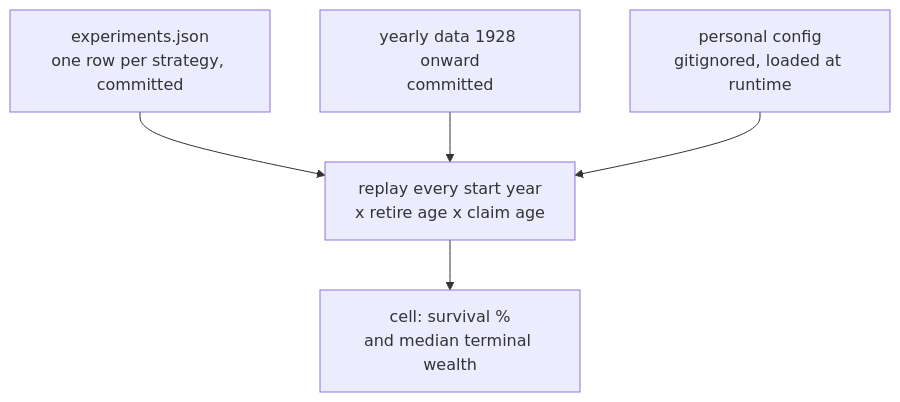
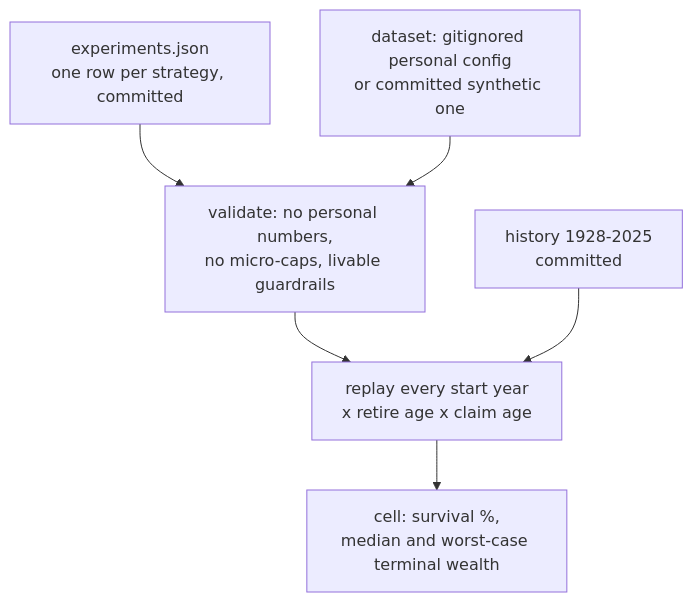
Before and after one commit to jonborchardt/blog: the first of 3 diagrams in src/content/posts/retirement-simulator-ai-lab/index.mdx, drawn with Mermaid. The commit also changed other lines of this file and 18 other files, not shown here.

````diff
--- a/src/content/posts/retirement-simulator-ai-lab/index.mdx
+++ b/src/content/posts/retirement-simulator-ai-lab/index.mdx
@@ -55,12 +56,13 @@
 ```mermaid
 flowchart TB
   accTitle: How a JSON experiment row becomes a scored cell
-  accDescr: Committed experiment rows and the historical dataset feed the simulator together with a gitignored personal config loaded at runtime; the sim replays every start year at every retirement and claim age and writes survival percentage plus median terminal wealth into one results cell per strategy and age.
+  accDescr: Committed experiment rows and the committed 1928 to 2025 history feed a validation step together with the chosen dataset, either a gitignored personal config or a committed synthetic one; the validated inputs reach the simulator, which replays every start year at every retirement and claim age and writes survival percentage plus median and worst-case terminal wealth into one results cell per strategy and age.
   E["experiments.json<br/>one row per strategy, committed"]
-  H["yearly data 1928 onward<br/>committed"]
-  C["personal config<br/>gitignored, loaded at runtime"]
-  E --> S
+  H["history 1928-2025<br/>committed"]
+  C["dataset: gitignored personal config<br/>or committed synthetic one"]
+  E --> V
+  C --> V
+  V["validate: no personal numbers,<br/>no micro-caps, livable guardrails"] --> S
   H --> S
-  C --> S
-  S["replay every start year<br/>x retire age x claim age"] --> R["cell: survival %<br/>and median terminal wealth"]
+  S["replay every start year<br/>x retire age x claim age"] --> R["cell: survival %,<br/>median and worst-case terminal wealth"]
 ```
````
